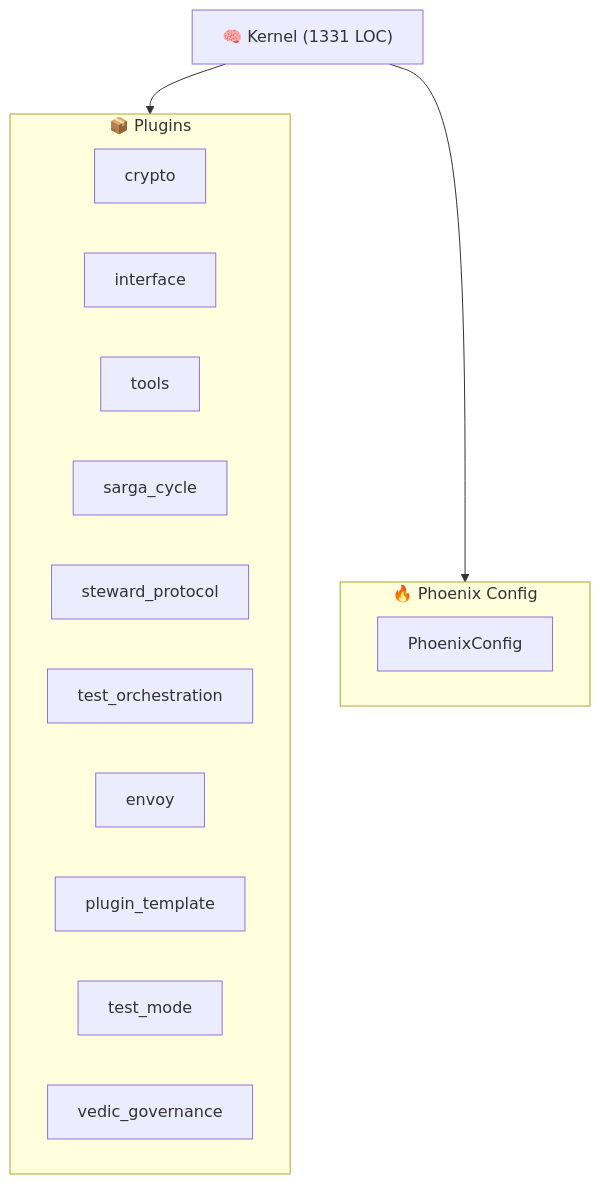
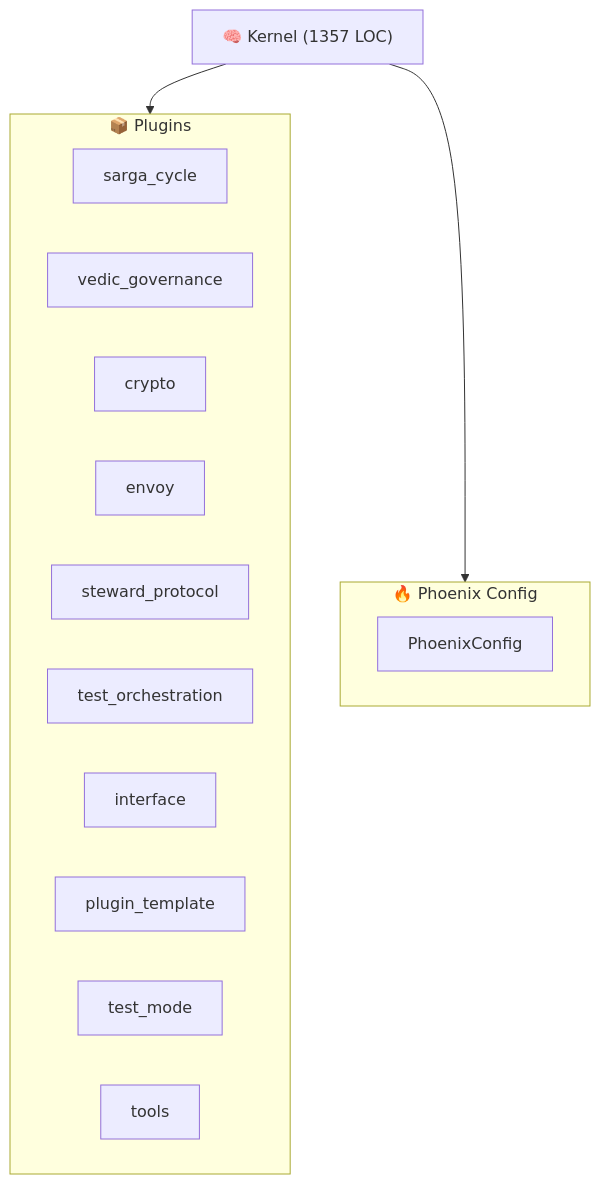
Before and after one commit to kimeisele/steward-protocol: the diagram in ARCHITECTURE.md, drawn with Mermaid. The commit also changed other lines of this file and 14 other files, not shown here.

````diff
--- a/ARCHITECTURE.md
+++ b/ARCHITECTURE.md
@@ -9,21 +9,21 @@
 ```mermaid
 graph TB
-    K["🧠 Kernel (1331 LOC)"]
+    K["🧠 Kernel (1357 LOC)"]
     subgraph Plugins["📦 Plugins"]
+        P_sarga_cycle["sarga_cycle"]
+        P_vedic_governance["vedic_governance"]
         P_crypto["crypto"]
-        P_interface["interface"]
-        P_tools["tools"]
-        P_sarga_cycle["sarga_cycle"]
+        P_envoy["envoy"]
         P_steward_protocol["steward_protocol"]
         P_test_orchestration["test_orchestration"]
-        P_envoy["envoy"]
+        P_interface["interface"]
         P_plugin_template["plugin_template"]
         P_test_mode["test_mode"]
-        P_vedic_governance["vedic_governance"]
+        P_tools["tools"]
     end
     K --> Plugins
     subgraph Config["🔥 Phoenix Config"]
         PC[PhoenixConfig]
     end
     K --> Config
 ```
````
